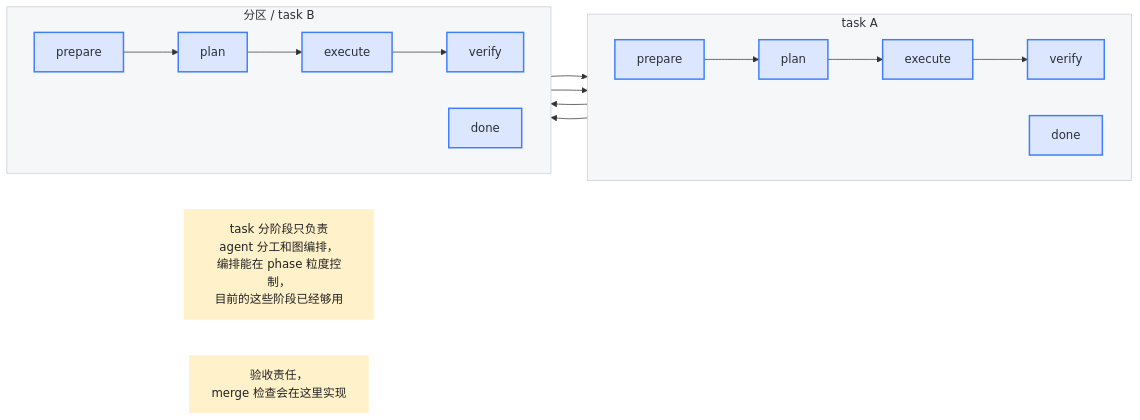
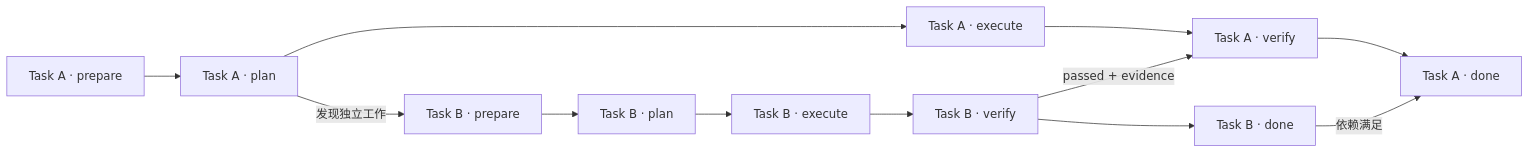
Before and after one commit to KDZZZZZZ/threadmill: the diagram in docs/task-graph.md, drawn with Mermaid. The commit also changed other lines of this file and 5 other files, not shown here.

Commit message:
docs(architecture): fold task orchestration into docs

````diff
--- a/docs/task-graph.md
+++ b/docs/task-graph.md
@@ -187,37 +187,16 @@
 ```mermaid
 flowchart LR
-  %% 样式
-  classDef phase fill:#dce7ff,stroke:#3f7cff,stroke-width:2px,color:#2b2f36;
-  classDef group fill:#f6f7f9,stroke:#c7ccd3,stroke-width:1px,color:#2b2f36;
-  classDef note fill:#fff1c9,stroke:#fff1c9,color:#222;
+  A_prepare["Task A · prepare"] --> A_plan["Task A · plan"]
+  A_plan --> A_execute["Task A · execute"]
+  A_execute --> A_verify["Task A · verify"]
+  A_verify --> A_done["Task A · done"]
 
-  %% 备注
-  note1["task 分阶段只负责<br/>agent 分工和图编排，<br/>编排能在 phase 粒度控制，<br/>目前的这些阶段已经够用"]
-  note2["验收责任，<br/>merge 检查会在这里实现"]
-  class note1,note2 note
+  B_prepare["Task B · prepare"] --> B_plan["Task B · plan"]
+  B_plan --> B_execute["Task B · execute"]
+  B_execute --> B_verify["Task B · verify"]
+  B_verify --> B_done["Task B · done"]
 
-  %% task A
-  subgraph taskA["task A"]
-    direction LR
-    A_prepare["prepare"] --> A_plan["plan"] --> A_execute["execute"] --> A_verify["verify"]
-    A_done["done"]
-  end
-
-  %% task B / 分区
-  subgraph taskB["分区 / task B"]
-    direction LR
-    B_prepare["prepare"] --> B_plan["plan"] --> B_execute["execute"] --> B_verify["verify"]
-    B_done["done"]
-  end
-
-  %% 跨 task 编排关系
-  A_plan --> B_prepare
-  B_verify --> A_verify
-  A_verify --> B_done
-  B_done --> A_done
-
-  %% 样式绑定
-  class A_prepare,A_plan,A_execute,A_verify,A_done phase
-  class B_prepare,B_plan,B_execute,B_verify,B_done phase
-  class taskA,taskB group
+  A_plan -->|"发现独立工作"| B_prepare
+  B_verify -->|"passed + evidence"| A_verify
+  B_done -->|"依赖满足"| A_done
 ```
````
